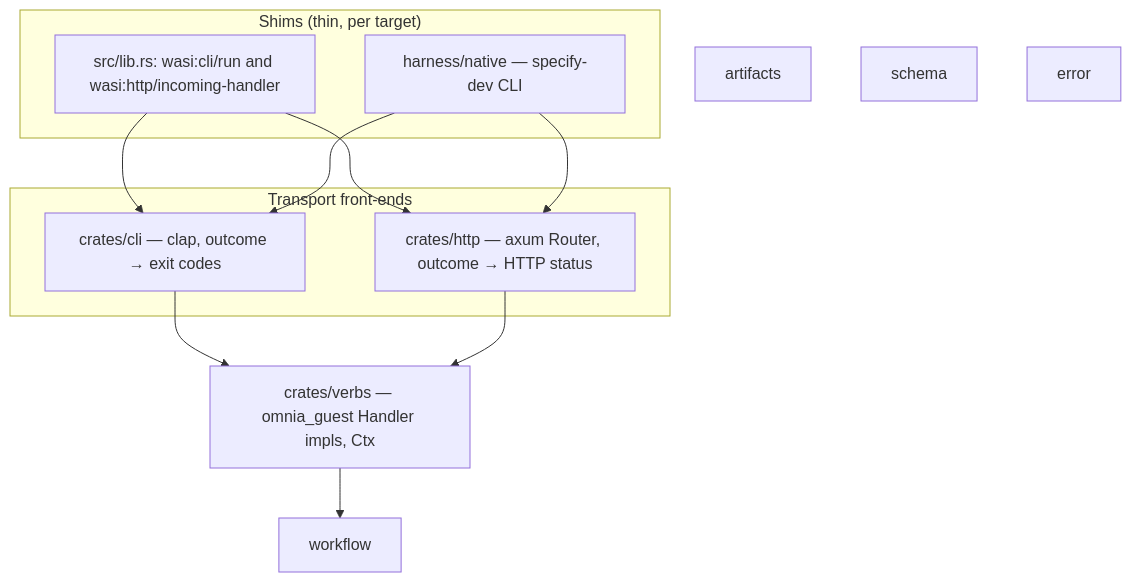
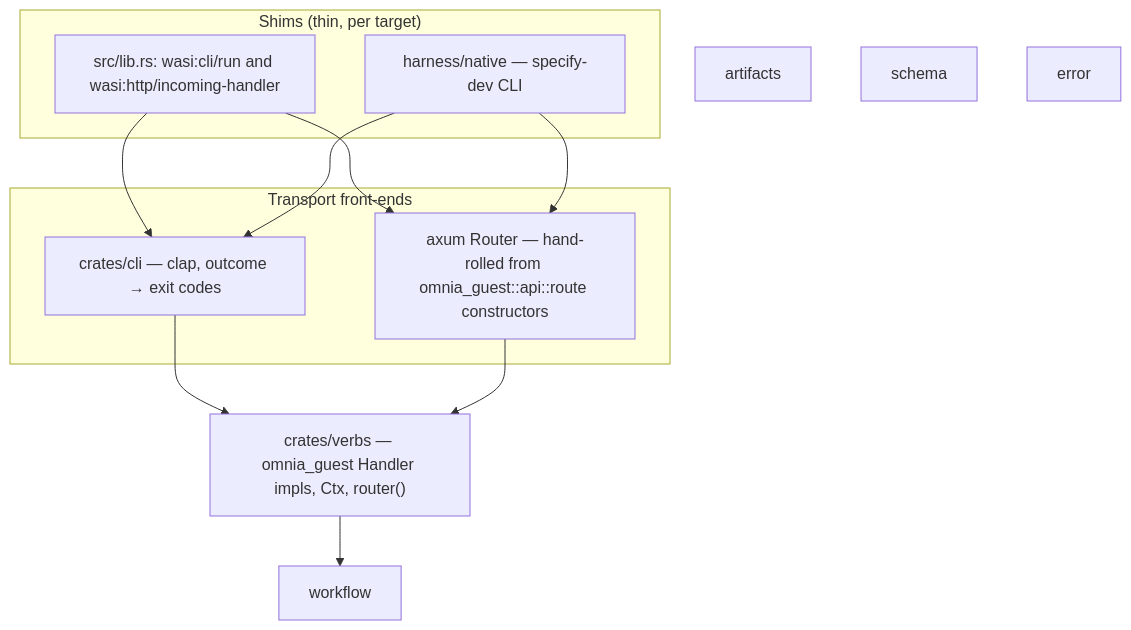
The diagram in rfcs/rfc-61-native-shim.md (augentic/anvil), drawn with Mermaid before and after one commit. The commit also changed other lines of this file, not shown here.

````diff
--- a/rfcs/rfc-61-native-shim.md
+++ b/rfcs/rfc-61-native-shim.md
@@ -54,26 +70,26 @@
 ```mermaid
 flowchart TB
   subgraph shims["Shims (thin, per target)"]
     lib["src/lib.rs: wasi:cli/run and wasi:http/incoming-handler"]
     native["harness/native — specify-dev CLI"]
   end
 
   subgraph transport["Transport front-ends"]
     cli["crates/cli — clap, outcome → exit codes"]
-    http["crates/http — axum Router, outcome → HTTP status"]
+    router["axum Router — hand-rolled from omnia_guest::api::route constructors"]
   end
 
-  verbs["crates/verbs — omnia_guest Handler impls, Ctx"]
+  verbs["crates/verbs — omnia_guest Handler impls, Ctx, router()"]
   workflow["workflow"]
   artifacts["artifacts"]
   schema["schema"]
   error["error"]
 
   lib --> cli
-  lib --> http
+  lib --> router
   native --> cli
-  native --> http
+  native --> router
   cli --> verbs
-  http --> verbs
+  router --> verbs
   verbs --> workflow
 ```
````
